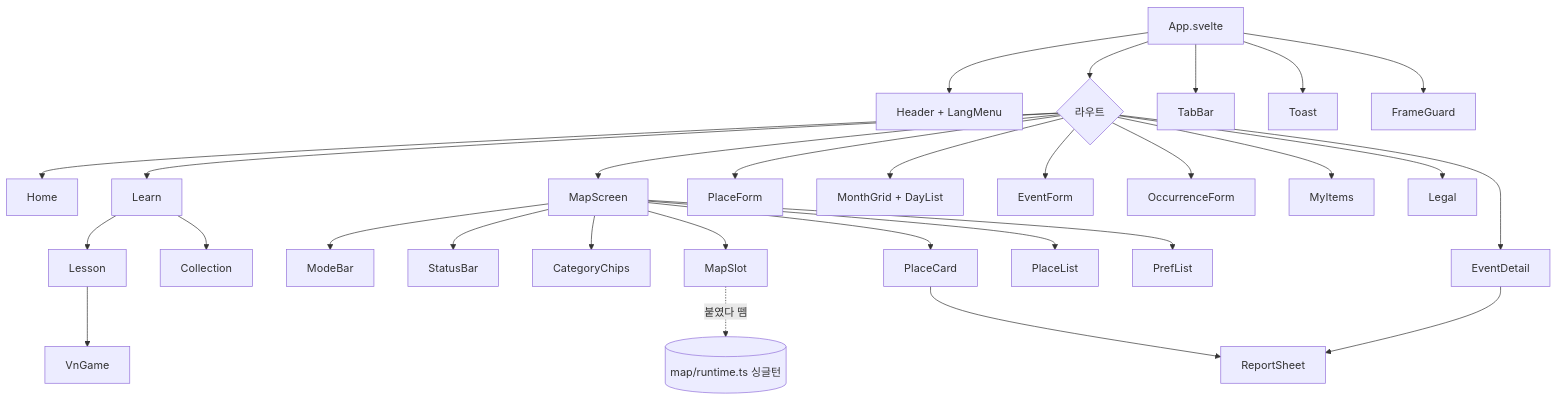
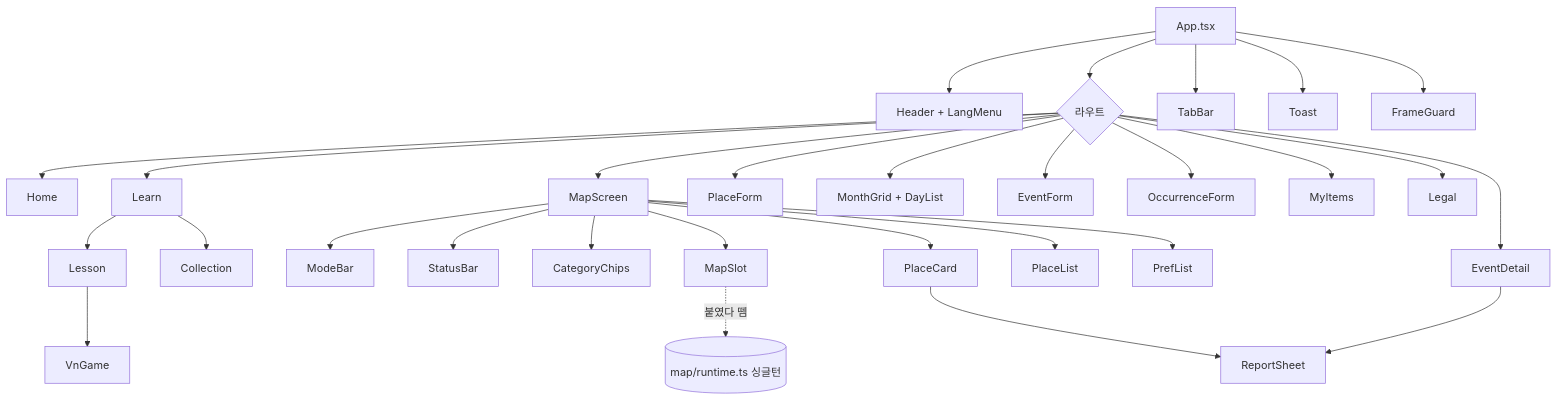
Before and after one commit to underthesun7213/yui-board: the fourth of 9 diagrams in docs/architecture/rfc/0003-yunabi-v2.md, drawn with Mermaid. The commit also changed other lines of this file and 9 other files, not shown here.

````diff
--- a/docs/architecture/rfc/0003-yunabi-v2.md
+++ b/docs/architecture/rfc/0003-yunabi-v2.md
@@ -250,19 +262,19 @@
 ```mermaid
 flowchart TD
-  App[App.svelte] --> H[Header + LangMenu]
+  App[App.tsx] --> H[Header + LangMenu]
   App --> Outlet{라우트}
   App --> Tabs[TabBar]
   App --> Toast & FG[FrameGuard]
   Outlet --> Home
   Outlet --> Learn --> Lesson & Collection
   Lesson --> VnGame
   Outlet --> MapScreen
   MapScreen --> ModeBar & StatusBar & CategoryChips & MapSlot & PlaceCard & PlaceList & PrefList
   PlaceCard --> ReportSheet
   Outlet --> PlaceForm
   Outlet --> Calendar[MonthGrid + DayList]
   Outlet --> EventDetail --> ReportSheet
   Outlet --> EventForm & OccurrenceForm
   Outlet --> MyItems & Legal
   MapSlot -.붙였다 뗌.-> RT[(map/runtime.ts 싱글턴)]
 ```
````
